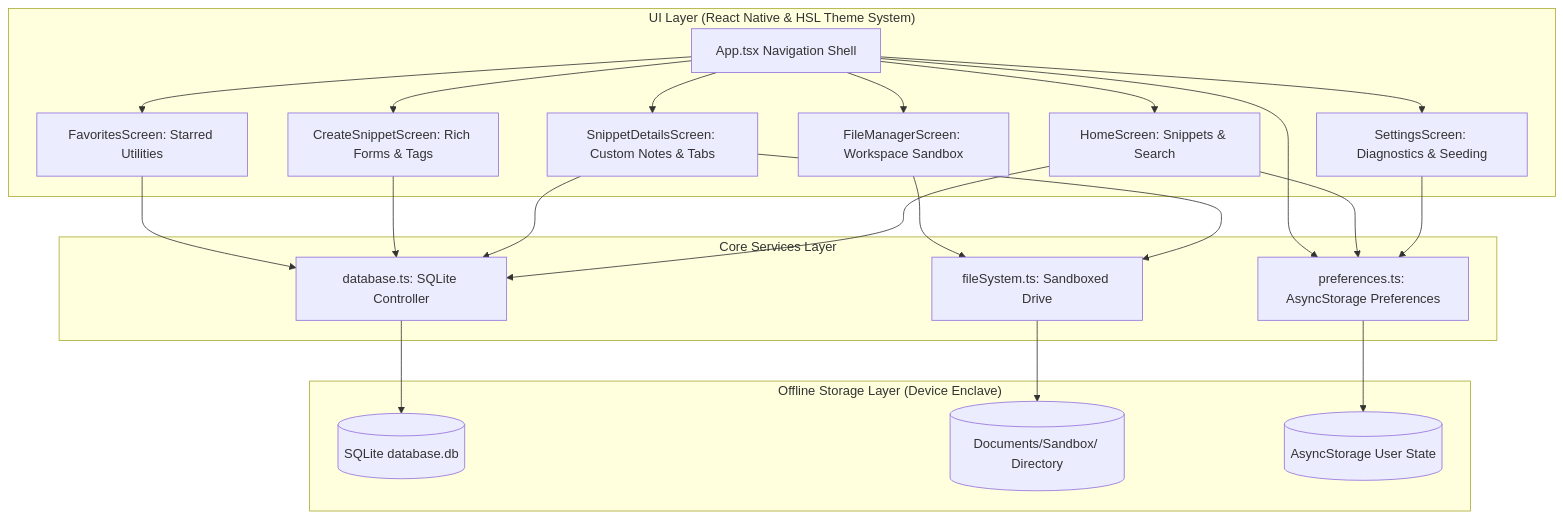
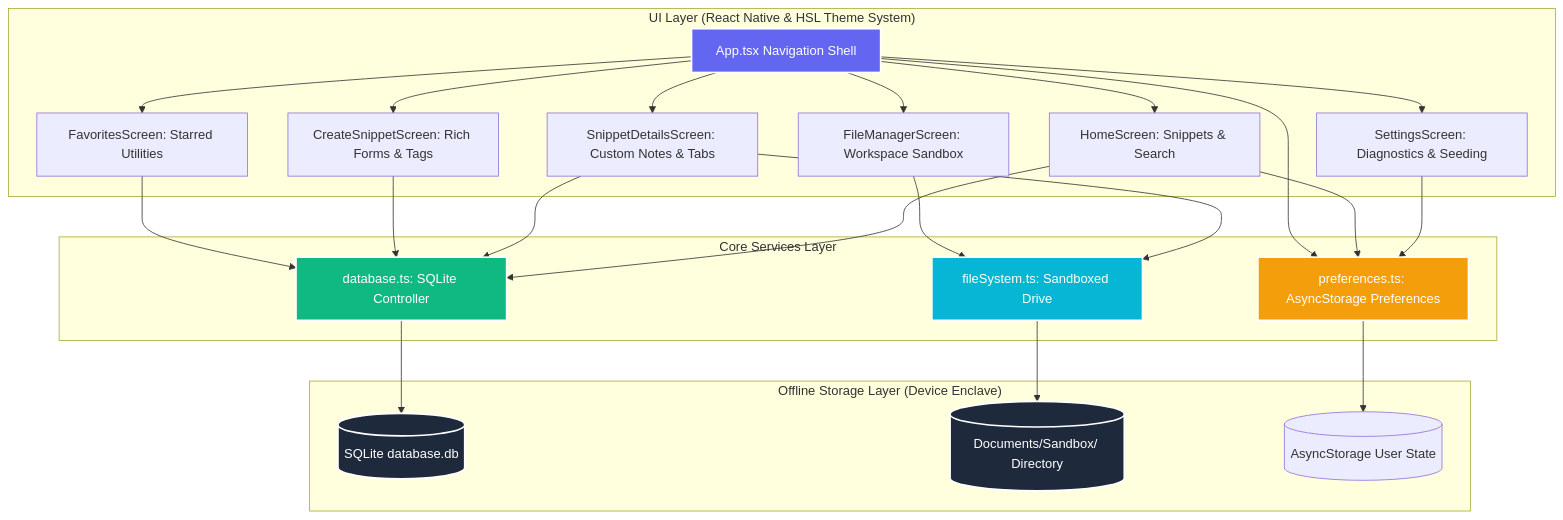
One commit to Mohd-Ujaid/DevSnippets-Notes changed the diagram in README.md. Above: the diagram before and after it, drawn with Mermaid. The commit also changed other lines of this file, not shown here.

````diff
--- a/README.md
+++ b/README.md
@@ -20,32 +20,39 @@
 ```mermaid
 graph TD
 
     subgraph "UI Layer (React Native & HSL Theme System)"
         App[App.tsx Navigation Shell] --> HS[HomeScreen: Snippets & Search]
         App --> SDS[SnippetDetailsScreen: Custom Notes & Tabs]
         App --> CSS[CreateSnippetScreen: Rich Forms & Tags]
         App --> FMS[FileManagerScreen: Workspace Sandbox]
         App --> SS[SettingsScreen: Diagnostics & Seeding]
         App --> FS[FavoritesScreen: Starred Utilities]
     end
 
     subgraph "Core Services Layer"
         HS --> DB[database.ts: SQLite Controller]
         SDS --> DB
         CSS --> DB
         FS --> DB
 
         SDS --> FS_SERV[fileSystem.ts: Sandboxed Drive]
         FMS --> FS_SERV
 
         SS --> PREF[preferences.ts: AsyncStorage Preferences]
         HS --> PREF
         App --> PREF
     end
 
     subgraph "Offline Storage Layer (Device Enclave)"
         DB --> SQLite[(SQLite database.db)]
         FS_SERV --> LocalDir[(Documents/Sandbox/ Directory)]
         PREF --> AsyncStorage[(AsyncStorage User State)]
     end
+    %% Styles
+    style App fill:#6366F1,stroke:#fff,stroke-width:2px,color:#fff
+    style DB fill:#10B981,stroke:#fff,stroke-width:2px,color:#fff
+    style FS_SERV fill:#06B6D4,stroke:#fff,stroke-width:2px,color:#fff
+    style PREF fill:#F59E0B,stroke:#fff,stroke-width:2px,color:#fff
+    style SQLite fill:#1E293B,stroke:#fff,stroke-width:2px,color:#fff
+    style LocalDir fill:#1E293B,stroke:#fff,stroke-width:2px,color:#fff
 ```
````
